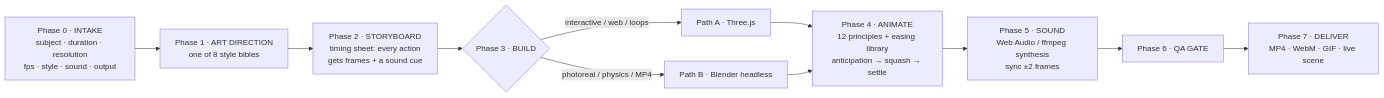
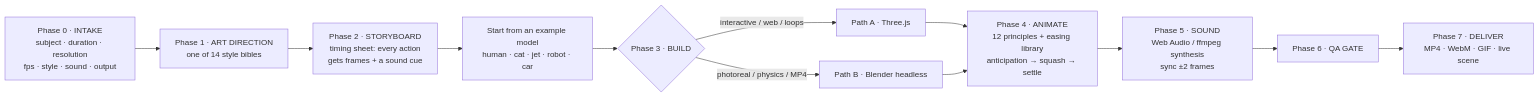
One commit to matinsizen/ai-3d-animator-skill changed the diagram in README.md. Above: the diagram before and after it, drawn with Mermaid. The commit also changed other lines of this file and 35 other files, not shown here.

````diff
--- a/README.md
+++ b/README.md
@@ -53,12 +89,13 @@
 ```mermaid
 flowchart LR
-  A["Phase 0 · INTAKE<br/>subject · duration · resolution<br/>fps · style · sound · output"] --> B["Phase 1 · ART DIRECTION<br/>one of 8 style bibles"]
+  A["Phase 0 · INTAKE<br/>subject · duration · resolution<br/>fps · style · sound · output"] --> B["Phase 1 · ART DIRECTION<br/>one of 14 style bibles"]
   B --> C["Phase 2 · STORYBOARD<br/>timing sheet: every action<br/>gets frames + a sound cue"]
-  C --> D{"Phase 3 · BUILD"}
+  C --> C2["Start from an example model<br/>human · cat · jet · robot · car"]
+  C2 --> D{"Phase 3 · BUILD"}
   D -- "interactive / web / loops" --> E["Path A · Three.js"]
   D -- "photoreal / physics / MP4" --> F["Path B · Blender headless"]
   E --> G["Phase 4 · ANIMATE<br/>12 principles + easing library<br/>anticipation → squash → settle"]
   F --> G
   G --> H["Phase 5 · SOUND<br/>Web Audio / ffmpeg synthesis<br/>sync ±2 frames"]
   H --> I["Phase 6 · QA GATE"] --> J["Phase 7 · DELIVER<br/>MP4 · WebM · GIF · live scene"]
 ```
````
